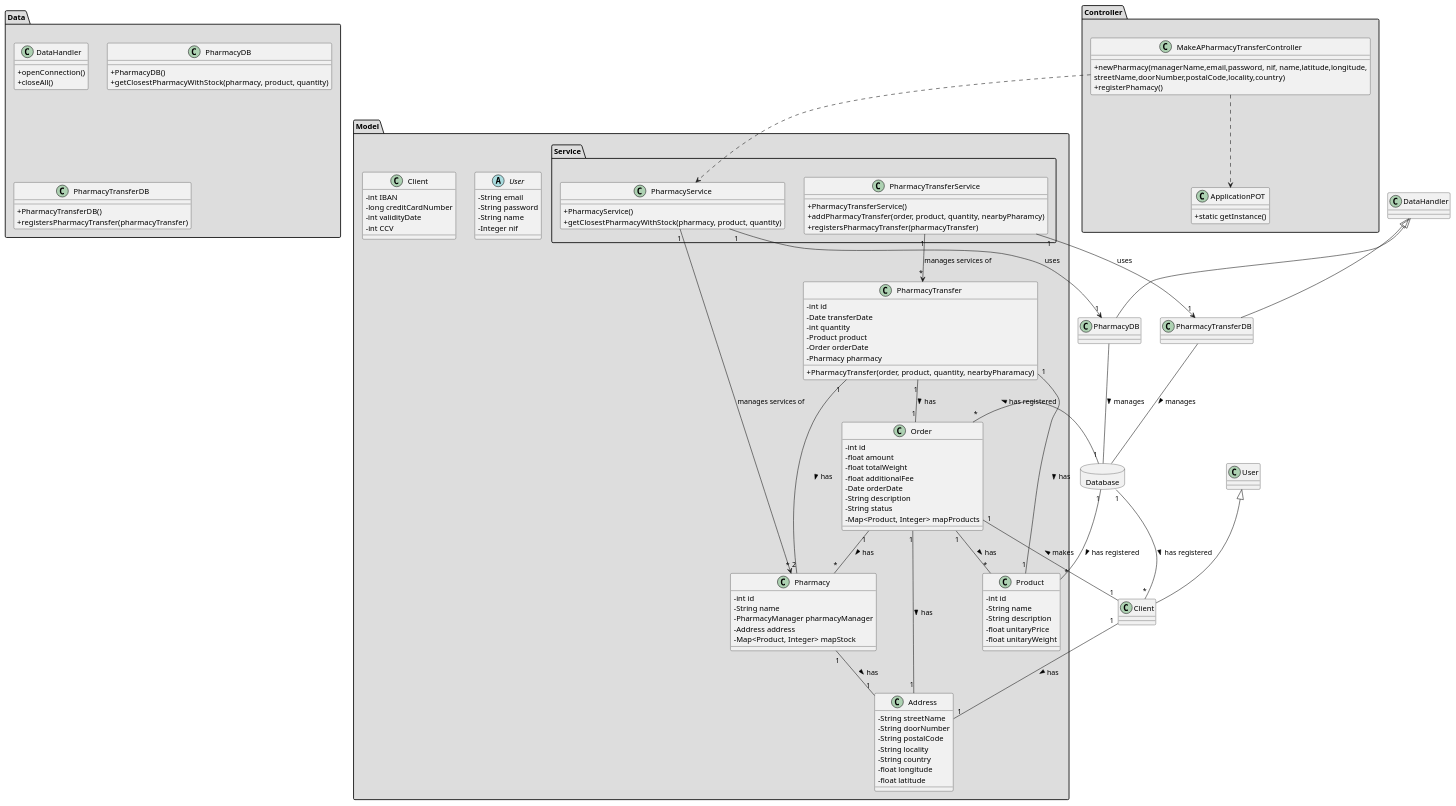
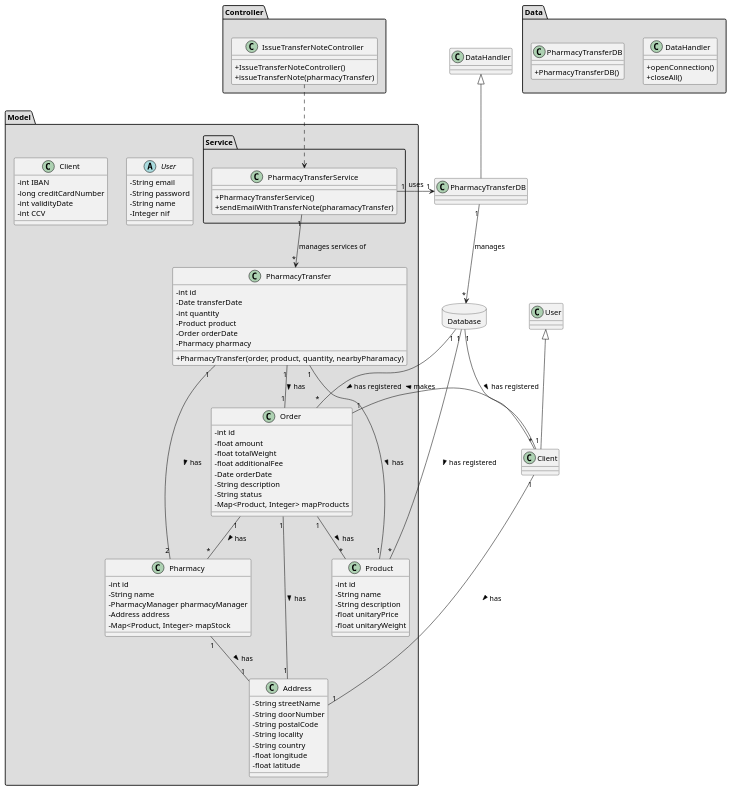
One commit to tiagoavcosta25/LAPR3 changed the diagram in docs/Iteration 2/Pharmacy Management/US202_IssueTransferNote/US202_CD.puml. Above: the diagram before and after it, drawn with PlantUML. The commit also changed 3 other files, not shown here.

Commit message:
LAPR2AP2-268 #close Issue Transfer Note [Design]

```diff
--- a/docs/Iteration 2/Pharmacy Management/US202_IssueTransferNote/US202_CD.puml
+++ b/docs/Iteration 2/Pharmacy Management/US202_IssueTransferNote/US202_CD.puml
@@ -1,140 +1,118 @@
 @startuml
 skinparam classAttributeIconSize 0
 
 package "Controller" #DDDDDD {
-class MakeAPharmacyTransferController{
-+newPharmacy(managerName,email,password, nif, name,latitude,longitude,\nstreetName,doorNumber,postalCode,locality,country)
-+registerPhamacy()
-}
-
-class ApplicationPOT
-{
-  +static getInstance()
+class IssueTransferNoteController{
++IssueTransferNoteController()
++issueTransferNote(pharmacyTransfer)
 }
 }
 
 package "Model" #DDDDDD {
 
 package "Service" #DDDDDD {
-   class PharmacyService{
-          +PharmacyService()
-          +getClosestPharmacyWithStock(pharmacy, product, quantity)
-      }
-
       class PharmacyTransferService{
                 +PharmacyTransferService()
-                +addPharmacyTransfer(order, product, quantity, nearbyPharamcy)
-                +registersPharmacyTransfer(pharmacyTransfer)
+                +sendEmailWithTransferNote(pharamacyTransfer)
             }
  }
 
 abstract class User{
 -String email
 -String password
 -String name
 -Integer nif
 }
 
 class Client{
 -   int IBAN
 -   long creditCardNumber
 -   int validityDate
 -   int CCV
 }
 
 class Address{
 -   String streetName
 -   String doorNumber
 -   String postalCode
 -   String locality
 -   String country
 -   float longitude
 -   float latitude
 }
 
 class Pharmacy{
 -   int id
 -   String name
 -   PharmacyManager pharmacyManager
 -   Address address
 -   Map<Product, Integer> mapStock
 }
 
 class Order{
 -   int id
 -   float amount
 -   float totalWeight
 -   float additionalFee
 -   Date orderDate
 -   String description
 -   String status
 -   Map<Product, Integer> mapProducts
 }
 
 class Product{
 -   int id
 -   String name
 -   String description
 -   float unitaryPrice
 -   float unitaryWeight
 }
 
 class PharmacyTransfer{
 -   int id
 -   Date transferDate
 -   int quantity
 -   Product product
 -   Order orderDate
 -   Pharmacy pharmacy
 +PharmacyTransfer(order, product, quantity, nearbyPharamacy)
 }
 
 }
 
 
 package "Data" #DDDDDD {
 class DataHandler{
     +openConnection()
     +closeAll()
 }
 
-class PharmacyDB{
-          +PharmacyDB()
-          +getClosestPharmacyWithStock(pharmacy, product, quantity)
-      }
-
-      class PharmacyTransferDB{
-                +PharmacyTransferDB()
-                +registersPharmacyTransfer(pharmacyTransfer)
-            }
+class PharmacyTransferDB{
+   +PharmacyTransferDB()
+}
 }
 
 database Database {
 }
 
-class PharmacyDB extends DataHandler
 class PharmacyTransferDB extends DataHandler
 class Client extends User
 
-MakeAPharmacyTransferController ..> ApplicationPOT
-MakeAPharmacyTransferController ..> PharmacyService
+IssueTransferNoteController ..> PharmacyTransferService
 Database "1" -- "*" Order : has registered >
 Database "1" -- "*" Product : has registered >
 Database "1" -- "*" Client : has registered >
-PharmacyDB -- Database : manages >
-PharmacyTransferDB -- Database : manages >
-PharmacyService "1" --> "*" Pharmacy : manages services of
-PharmacyService "1" --> "1" PharmacyDB : uses
+PharmacyTransferDB "1" --> "*" Database : manages
 PharmacyTransferService "1" --> "*" PharmacyTransfer : manages services of
 PharmacyTransferService "1" --> "1" PharmacyTransferDB : uses
 Pharmacy "1" -- "1" Address : has >
 Order "1" -- "*" Product : has >
 Order "1" -- "*" Pharmacy : has >
 Client "1" -- "1" Order : makes >
 Client "1" -- "1" Address : has >
 Order "1" -- "1" Address : has >
 PharmacyTransfer "1" -- "2" Pharmacy : has >
 PharmacyTransfer "1" -- "1" Product : has >
 PharmacyTransfer "1" -- "1" Order : has >
 
 @enduml
```
